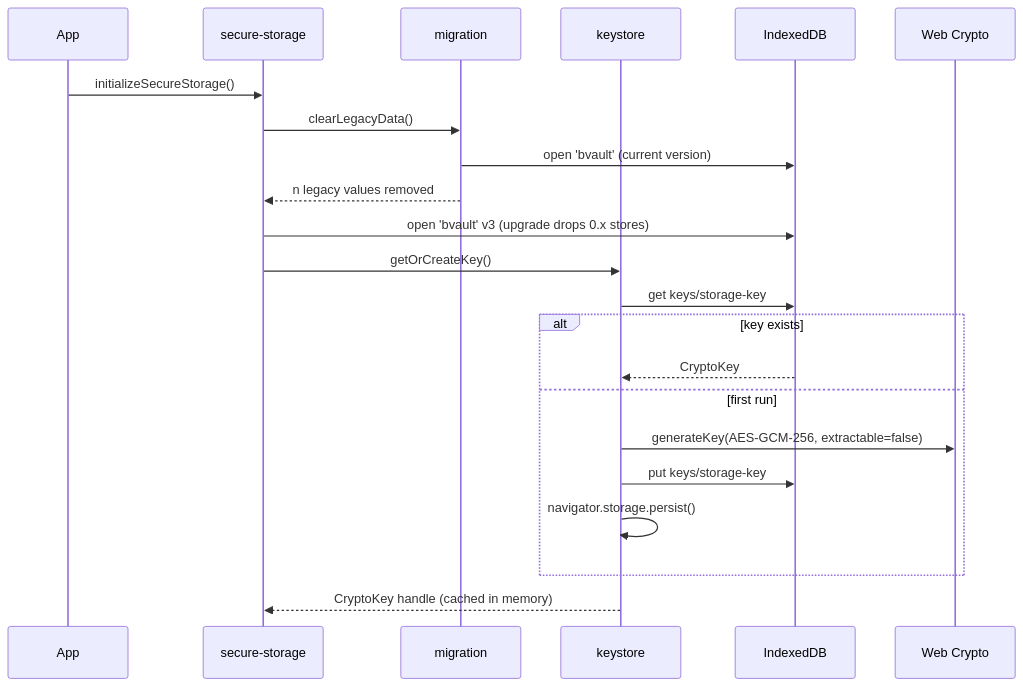
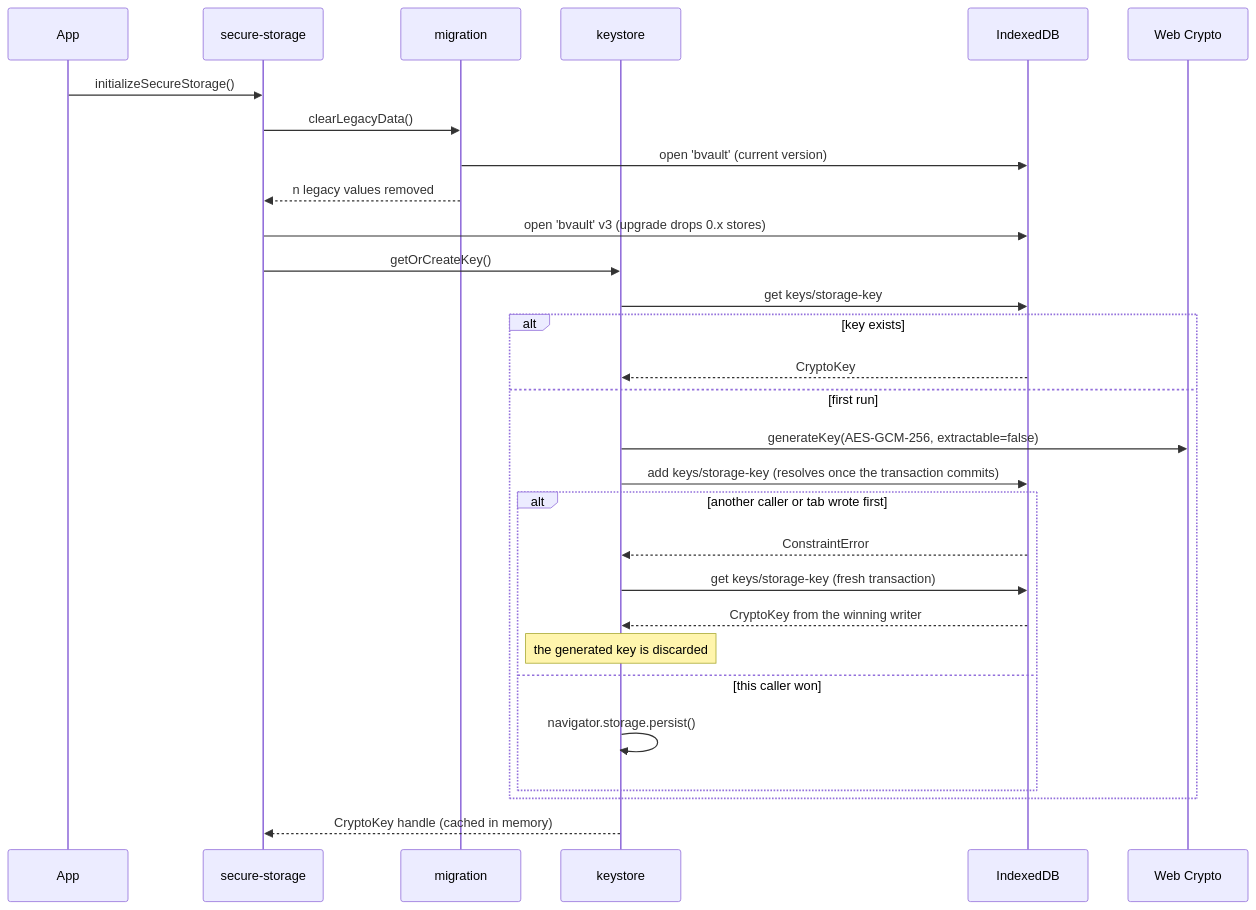
One commit to OSSAfrica/bvault-js changed the second of 3 diagrams in docs/how-bvault-works.md. Above: the diagram before and after it, drawn with Mermaid. The commit also changed other lines of this file and 5 other files, not shown here.

First line of the commit message:
fix(storage): prevent concurrent first-run key races (#54)

````diff
--- a/docs/how-bvault-works.md
+++ b/docs/how-bvault-works.md
@@ -213,25 +216,32 @@
 ```mermaid
 sequenceDiagram
   participant App
   participant SS as secure-storage
   participant Mig as migration
   participant KS as keystore
   participant IDB as IndexedDB
   participant WC as Web Crypto
 
   App->>SS: initializeSecureStorage()
   SS->>Mig: clearLegacyData()
   Mig->>IDB: open 'bvault' (current version)
   Mig-->>SS: n legacy values removed
   SS->>IDB: open 'bvault' v3 (upgrade drops 0.x stores)
   SS->>KS: getOrCreateKey()
   KS->>IDB: get keys/storage-key
   alt key exists
     IDB-->>KS: CryptoKey
   else first run
     KS->>WC: generateKey(AES-GCM-256, extractable=false)
-    KS->>IDB: put keys/storage-key
-    KS->>KS: navigator.storage.persist()
+    KS->>IDB: add keys/storage-key (resolves once the transaction commits)
+    alt another caller or tab wrote first
+      IDB-->>KS: ConstraintError
+      KS->>IDB: get keys/storage-key (fresh transaction)
+      IDB-->>KS: CryptoKey from the winning writer
+      Note over KS: the generated key is discarded
+    else this caller won
+      KS->>KS: navigator.storage.persist()
+    end
   end
   KS-->>SS: CryptoKey handle (cached in memory)
 ```
````
